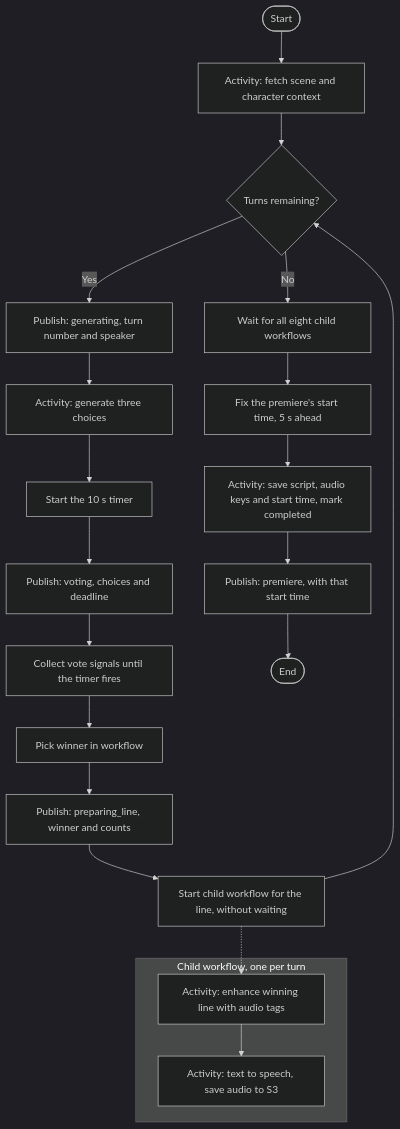
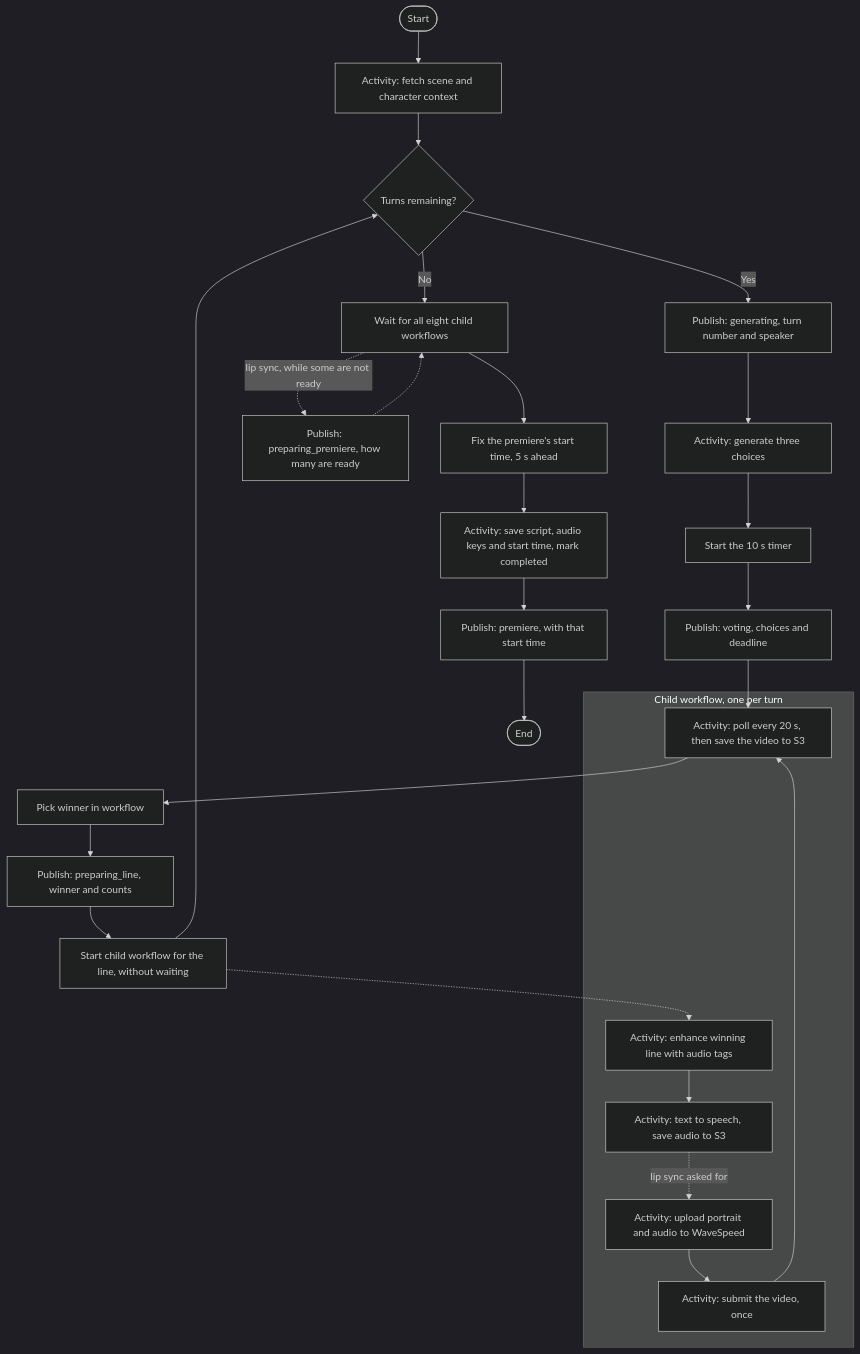
The second of 3 diagrams in docs/system-design.md (conghan-tay/MonsterTheatre_01), drawn with Mermaid (dark theme) before and after one commit. The commit also changed other lines of this file and 53 other files, not shown here.

First line of the commit message:
Lip sync with WaveSpeed InfiniteTalk, asked for at Start

````diff
--- a/docs/system-design.md
+++ b/docs/system-design.md
@@ -130,23 +130,28 @@
 ```mermaid
 flowchart TD
     Start([Start]) --> Fetch[Activity: fetch scene and character context]
     Fetch --> Loop{"Turns remaining?"}
     Loop -->|Yes| Turn[Publish: generating, turn number and speaker]
     Turn --> Gen[Activity: generate three choices]
     Gen --> Timer[Start the 10 s timer]
     Timer --> Open[Publish: voting, choices and deadline]
     Open --> Wait[Collect vote signals until the timer fires]
     Wait --> Pick[Pick winner in workflow]
     Pick --> Won[Publish: preparing_line, winner and counts]
     Won --> Child[Start child workflow for the line, without waiting]
     Child --> Loop
     Child -.-> Tag
     subgraph Line["Child workflow, one per turn"]
         Tag[Activity: enhance winning line with audio tags] --> Speak[Activity: text to speech, save audio to S3]
+        Speak -.->|lip sync asked for| Up[Activity: upload portrait and audio to WaveSpeed]
+        Up --> Sub[Activity: submit the video, once]
+        Sub --> Wait[Activity: poll every 20 s, then save the video to S3]
     end
     Loop -->|No| FanIn[Wait for all eight child workflows]
+    FanIn -.->|lip sync, while some are not ready| Progress[Publish: preparing_premiere, how many are ready]
+    Progress -.-> FanIn
     FanIn --> Fix[Fix the premiere's start time, 5 s ahead]
     Fix --> Save[Activity: save script, audio keys and start time, mark completed]
     Save --> Prem[Publish: premiere, with that start time]
     Prem --> End([End])
 ```
````
